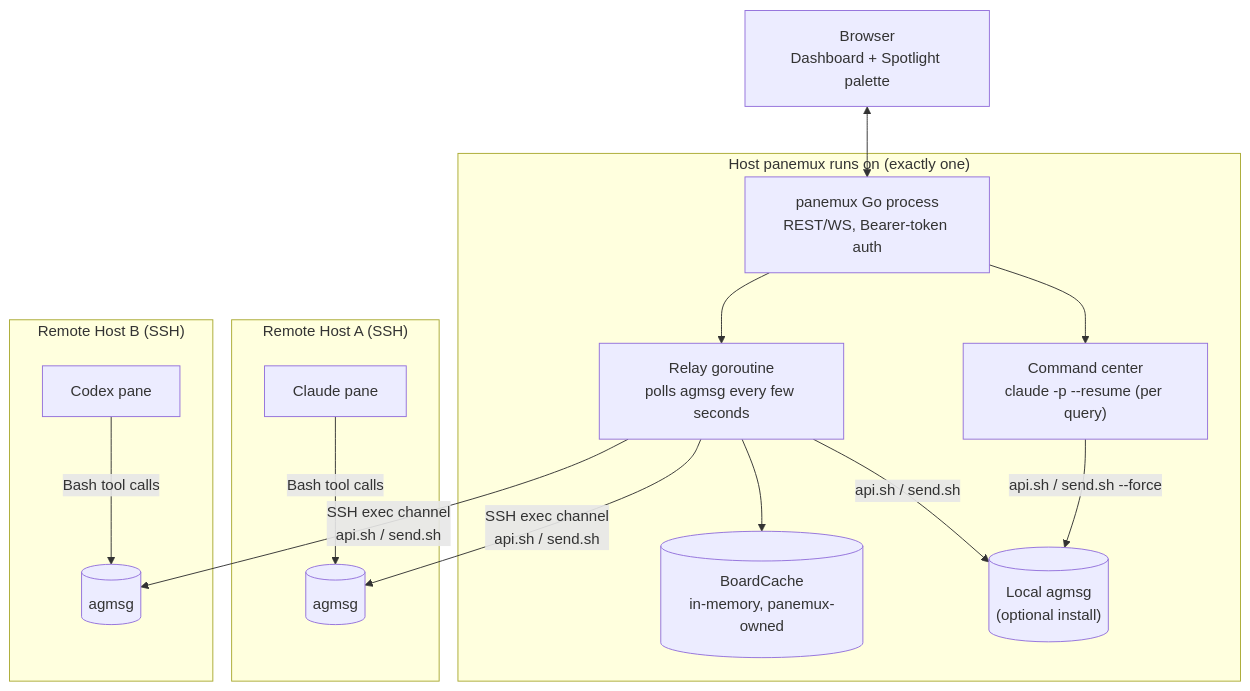
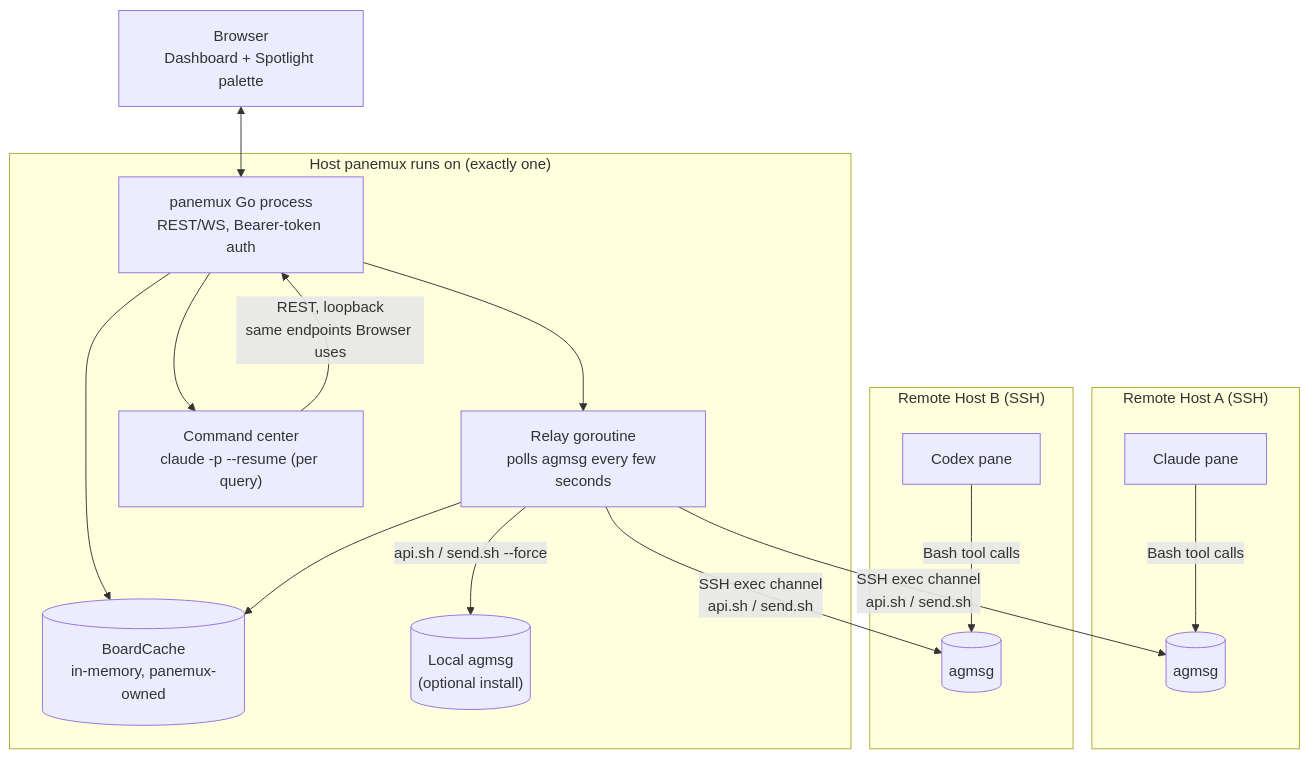
The first of 4 diagrams in docs/agent-board.md (tomo-chan/panemux), drawn with Mermaid before and after one commit. The commit also changed other lines of this file, not shown here.

````diff
--- a/docs/agent-board.md
+++ b/docs/agent-board.md
@@ -85,33 +94,34 @@
 ```mermaid
 flowchart TB
     Browser["Browser<br/>Dashboard + Spotlight palette"]
 
     subgraph Local["Host panemux runs on (exactly one)"]
         Server["panemux Go process<br/>REST/WS, Bearer-token auth"]
         Relay["Relay goroutine<br/>polls agmsg every few seconds"]
         Cache[("BoardCache<br/>in-memory, panemux-owned")]
         CmdCenter["Command center<br/>claude -p --resume (per query)"]
         LocalAgmsg[("Local agmsg<br/>(optional install)")]
     end
 
     subgraph HostA["Remote Host A (SSH)"]
         AgmsgA[("agmsg")]
         ClaudeA["Claude pane"]
     end
 
     subgraph HostB["Remote Host B (SSH)"]
         AgmsgB[("agmsg")]
         CodexB["Codex pane"]
     end
 
     Browser <--> Server
     Server --> Relay
     Server --> CmdCenter
+    Server --> Cache
+    CmdCenter -->|"REST, loopback<br/>same endpoints Browser uses"| Server
     Relay --> Cache
-    Relay -->|"api.sh / send.sh"| LocalAgmsg
-    CmdCenter -->|"api.sh / send.sh --force"| LocalAgmsg
+    Relay -->|"api.sh / send.sh --force"| LocalAgmsg
     Relay -->|"SSH exec channel<br/>api.sh / send.sh"| AgmsgA
     Relay -->|"SSH exec channel<br/>api.sh / send.sh"| AgmsgB
     ClaudeA -->|"Bash tool calls"| AgmsgA
     CodexB -->|"Bash tool calls"| AgmsgB
 ```
````
